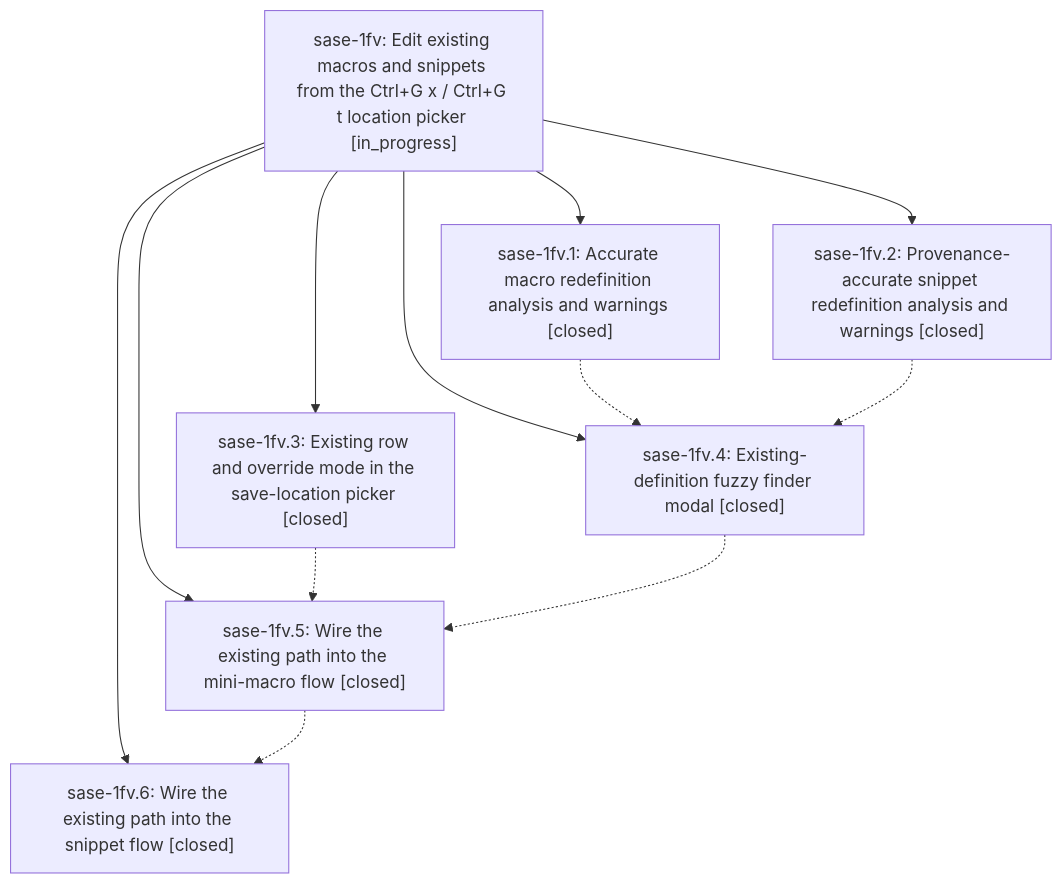
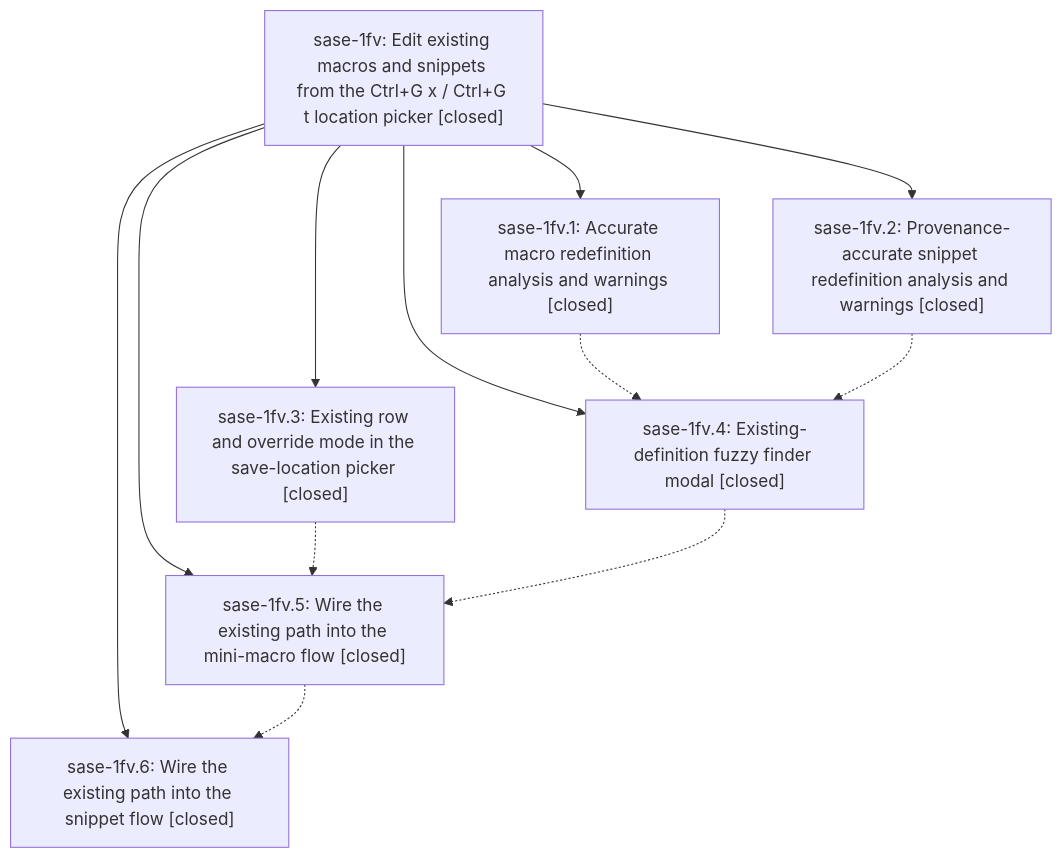
The diagram in pages/sase-1fv/README.md (sase-org/sase--beads), drawn with Mermaid before and after one commit. The commit also changed other lines of this file and 1 other file, not shown here.

First line of the commit message:
chore(beads): sync bead state and pages for sase-1fv

````diff
--- a/pages/sase-1fv/README.md
+++ b/pages/sase-1fv/README.md
@@ -45,21 +49,21 @@
 ```mermaid
 flowchart TD
-    n0["sase-1fv: Edit existing macros and snippets from the Ctrl+G x / Ctrl+G t location picker [in_progress]"]
+    n0["sase-1fv: Edit existing macros and snippets from the Ctrl+G x / Ctrl+G t location picker [closed]"]
     n1["sase-1fv.1: Accurate macro redefinition analysis and warnings [closed]"]
     n2["sase-1fv.2: Provenance-accurate snippet redefinition analysis and warnings [closed]"]
     n3["sase-1fv.3: Existing row and override mode in the save-location picker [closed]"]
     n4["sase-1fv.4: Existing-definition fuzzy finder modal [closed]"]
     n5["sase-1fv.5: Wire the existing path into the mini-macro flow [closed]"]
     n6["sase-1fv.6: Wire the existing path into the snippet flow [closed]"]
     n0 --> n1
     n0 --> n2
     n0 --> n3
     n0 --> n4
     n0 --> n5
     n0 --> n6
     n1 -.-> n4
     n2 -.-> n4
     n3 -.-> n5
     n4 -.-> n5
     n5 -.-> n6
 ```
````
